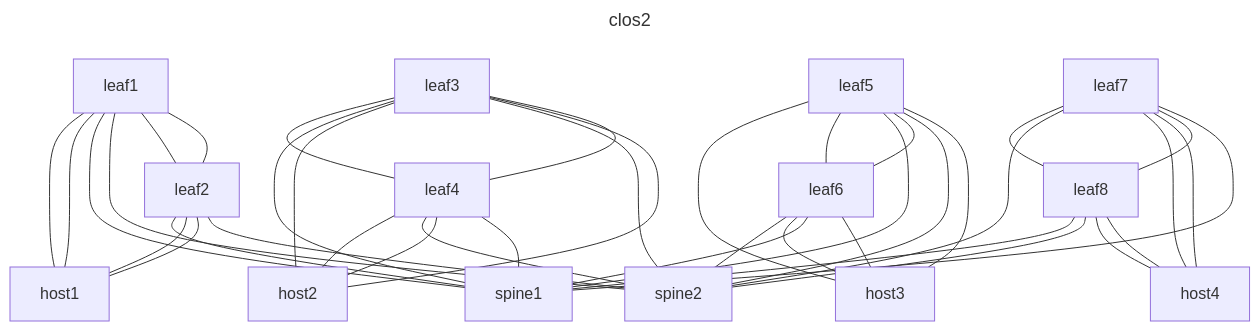
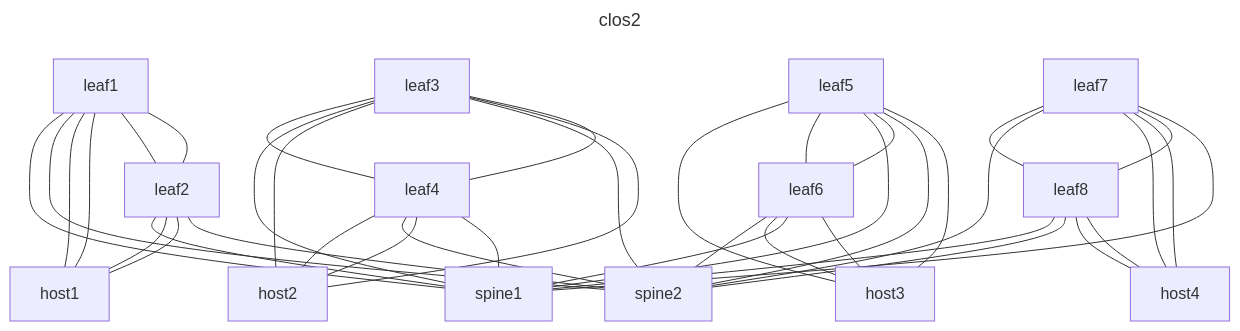
The diagram in clabs-srl/srl-evpn-clos2.clab.mermaid (jryburn/ac2-labinfo), drawn with Mermaid before and after one commit. The commit also changed other lines of this file, not shown here.

```diff
--- a/clabs-srl/srl-evpn-clos2.clab.mermaid
+++ b/clabs-srl/srl-evpn-clos2.clab.mermaid
@@ -1,44 +1,44 @@
 ---
 title: clos2
 ---
 graph TD
+  leaf1---spine1
+  leaf1---spine2
   leaf1---host1
   leaf1---host1
-  leaf1---spine1
-  leaf1---spine2
   leaf1---leaf2
   leaf1---leaf2
   leaf4---host2
   leaf3---leaf4
   leaf5---host3
   leaf5---leaf6
   leaf5---spine1
   leaf6---spine2
   leaf7---leaf8
   leaf7---spine2
   leaf8---spine1
   leaf2---spine1
   leaf3---spine1
   leaf4---spine2
   leaf3---host2
   leaf6---host3
   leaf7---host4
   leaf7---host4
   leaf3---spine2
   leaf5---leaf6
   leaf8---spine2
   leaf3---host2
   leaf6---spine1
   leaf6---host3
   leaf5---spine2
   leaf7---leaf8
   leaf2---host1
   leaf4---host2
   leaf4---spine1
   leaf8---host4
   leaf7---spine1
   leaf2---host1
   leaf2---spine2
   leaf3---leaf4
   leaf5---host3
   leaf8---host4
```
